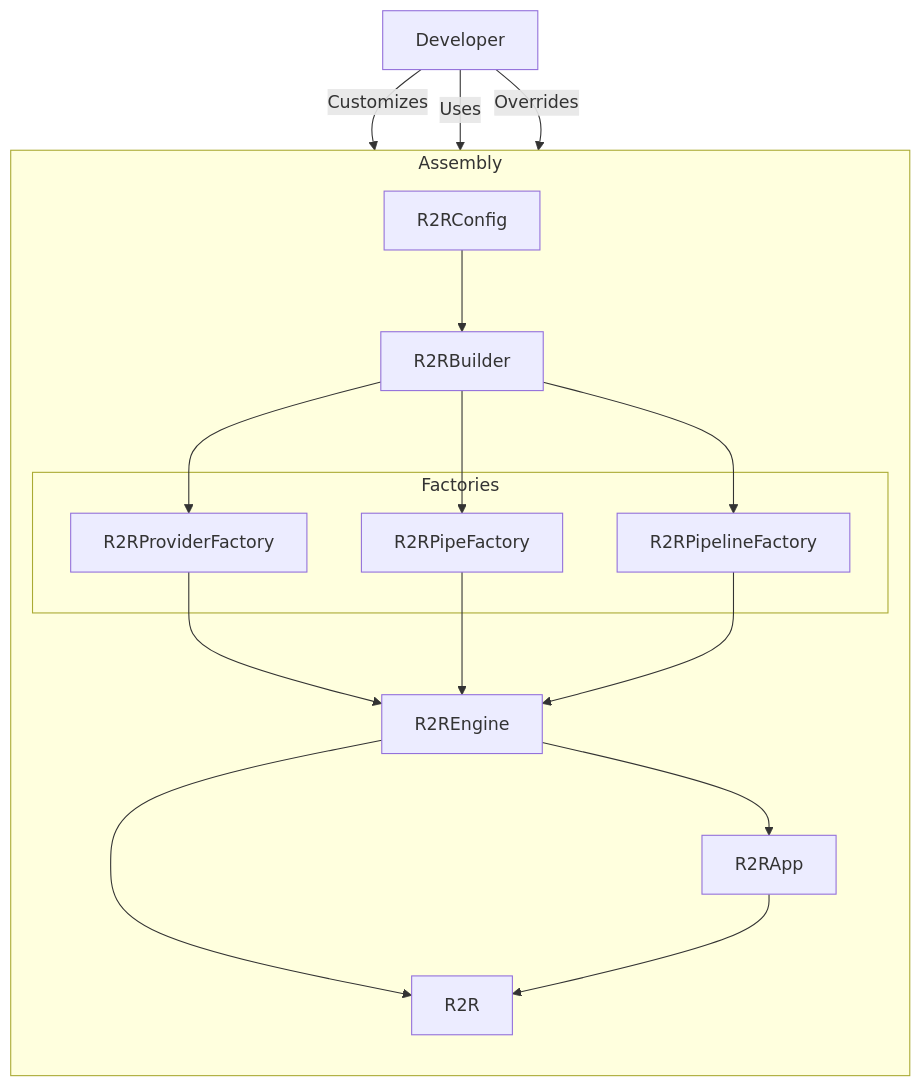
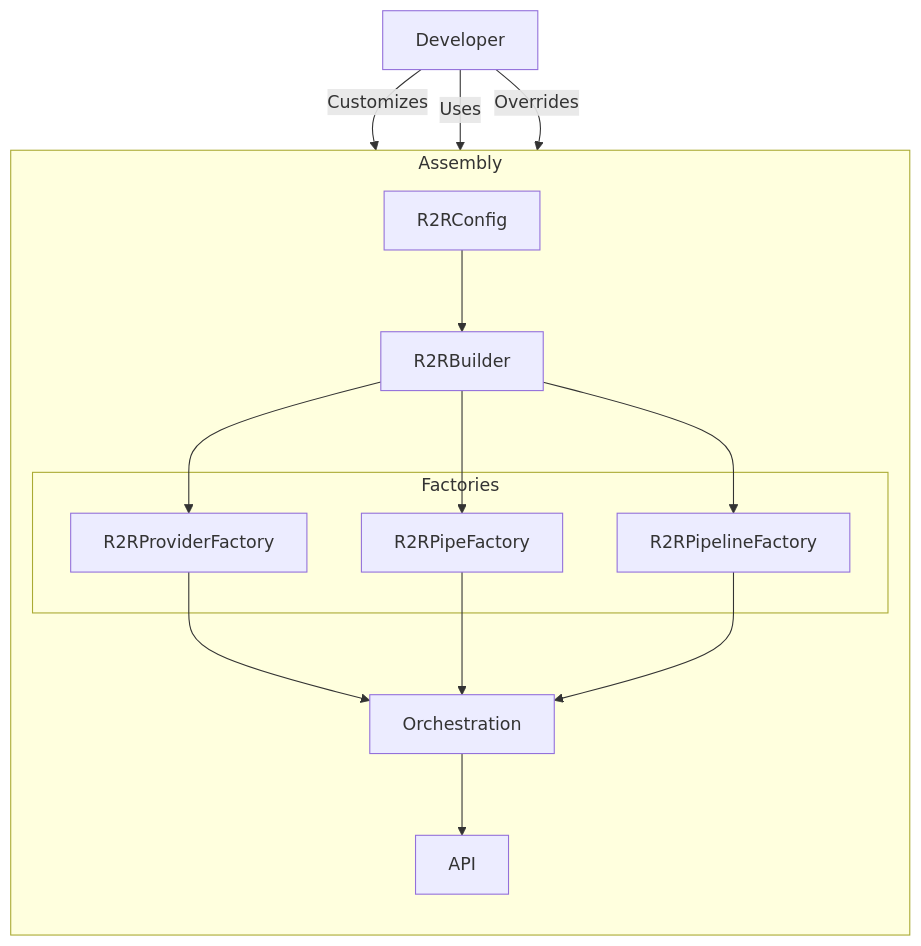
Before and after one commit to SciPhi-AI/R2R: the diagram in docs/documentation/deep-dive/main/introduction.mdx, drawn with Mermaid. The commit also changed other lines of this file and 307 other files, not shown here.

````diff
--- a/docs/documentation/deep-dive/main/introduction.mdx
+++ b/docs/documentation/deep-dive/main/introduction.mdx
@@ -14,33 +14,30 @@
 ```mermaid
 flowchart TD
     subgraph "Assembly"
         direction TB
         Config[R2RConfig]
         Builder[R2RBuilder]
-        
+
         subgraph Factories
             PF[R2RProviderFactory]
             PiF[R2RPipeFactory]
             PlF[R2RPipelineFactory]
         end
-        
-        Engine[R2REngine]
-        App[R2RApp]
-        R2R[R2R]
-        
+
+        Engine[Orchestration]
+        API[API]
+
         Config --> Builder
         Builder --> PF
         Builder --> PiF
         Builder --> PlF
         PF --> Engine
         PiF --> Engine
         PlF --> Engine
-        Engine --> App
-        Engine --> R2R
-        App --> R2R
+        Engine --> API
     end
-    
+
     User[Developer] --> |Customizes| Config
     User --> |Uses| Builder
     User --> |Overrides| Factories
 ```
````
